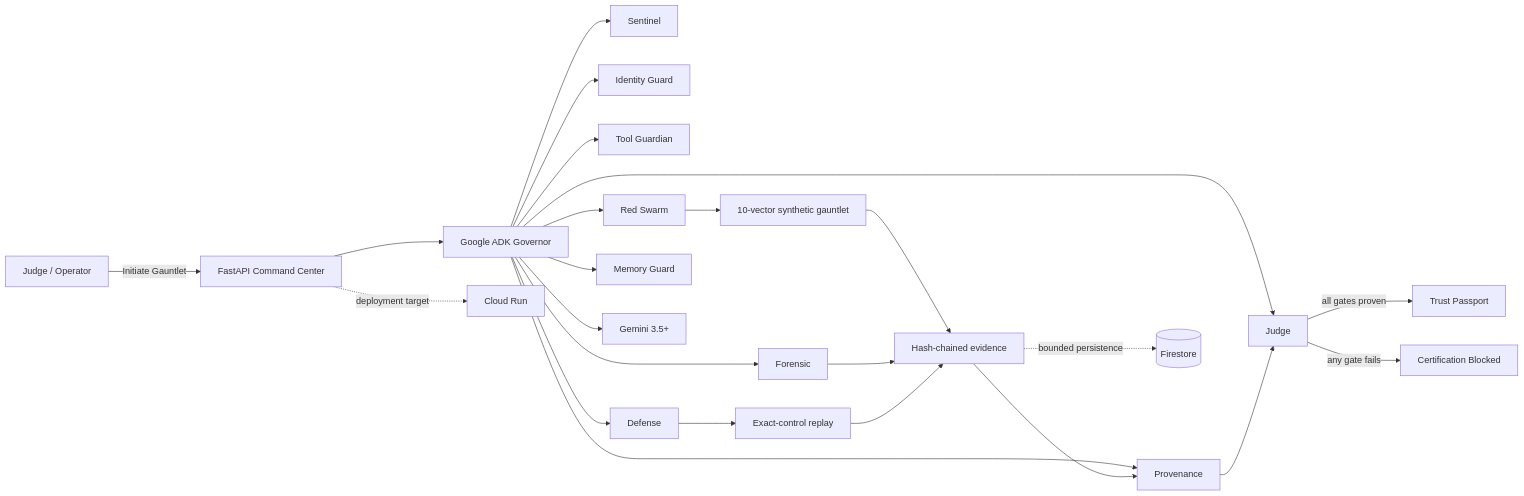
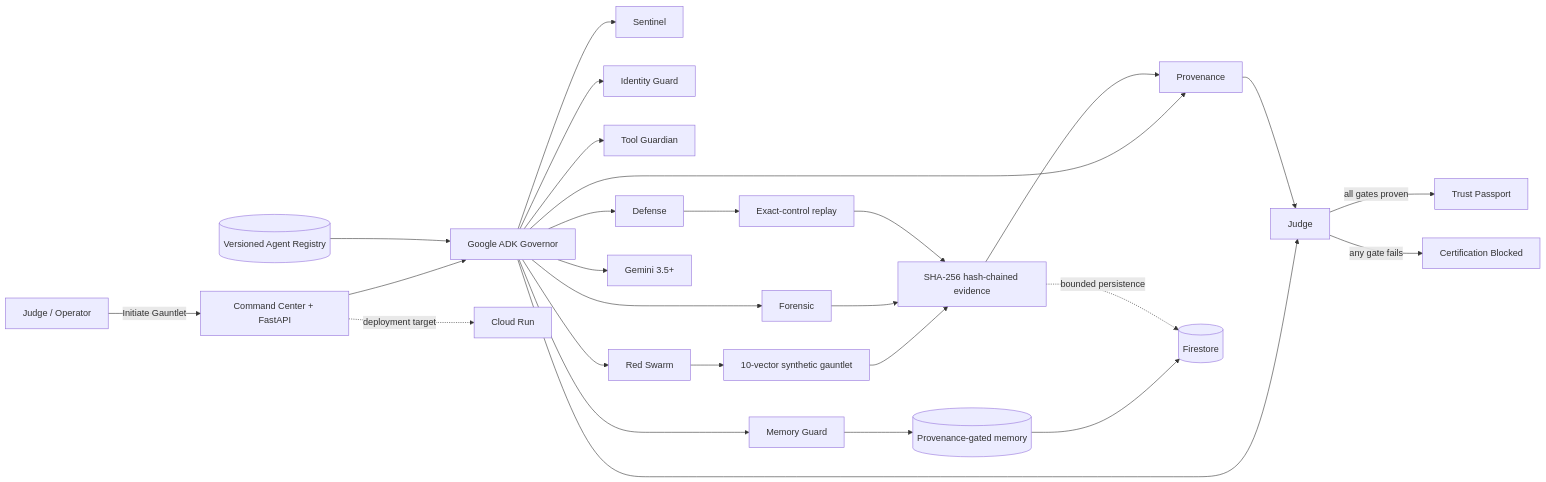
The diagram in README.md (khelifamoussa/trustforge-zero), drawn with Mermaid before and after one commit. The commit also changed other lines of this file, not shown here.

Commit message:
Document provenance memory and AI Studio deployment strategy

````diff
--- a/README.md
+++ b/README.md
@@ -71,26 +55,29 @@
 ```mermaid
 flowchart LR
-    U[Judge / Operator] -->|Initiate Gauntlet| API[FastAPI Command Center]
+    U[Judge / Operator] -->|Initiate Gauntlet| API[Command Center + FastAPI]
     API --> GOV[Google ADK Governor]
+    REG[(Versioned Agent Registry)] --> GOV
     GOV --> S[Sentinel]
     GOV --> I[Identity Guard]
     GOV --> T[Tool Guardian]
     GOV --> R[Red Swarm]
     GOV --> F[Forensic]
     GOV --> D[Defense]
     GOV --> M[Memory Guard]
     GOV --> P[Provenance]
     GOV --> J[Judge]
+    GOV --> GEM[Gemini 3.5+]
     R --> G[10-vector synthetic gauntlet]
-    G --> E[Hash-chained evidence]
+    G --> E[SHA-256 hash-chained evidence]
     F --> E
     D --> RE[Exact-control replay]
     RE --> E
     E --> P
     P --> J
+    M --> MB[(Provenance-gated memory)]
+    MB --> FS[(Firestore)]
+    E -. bounded persistence .-> FS
     J -->|all gates proven| PASS[Trust Passport]
     J -->|any gate fails| BLOCK[Certification Blocked]
-    E -. bounded persistence .-> FS[(Firestore)]
     API -. deployment target .-> CR[Cloud Run]
-    GOV --> GEM[Gemini 3.5+]
 ```
````
